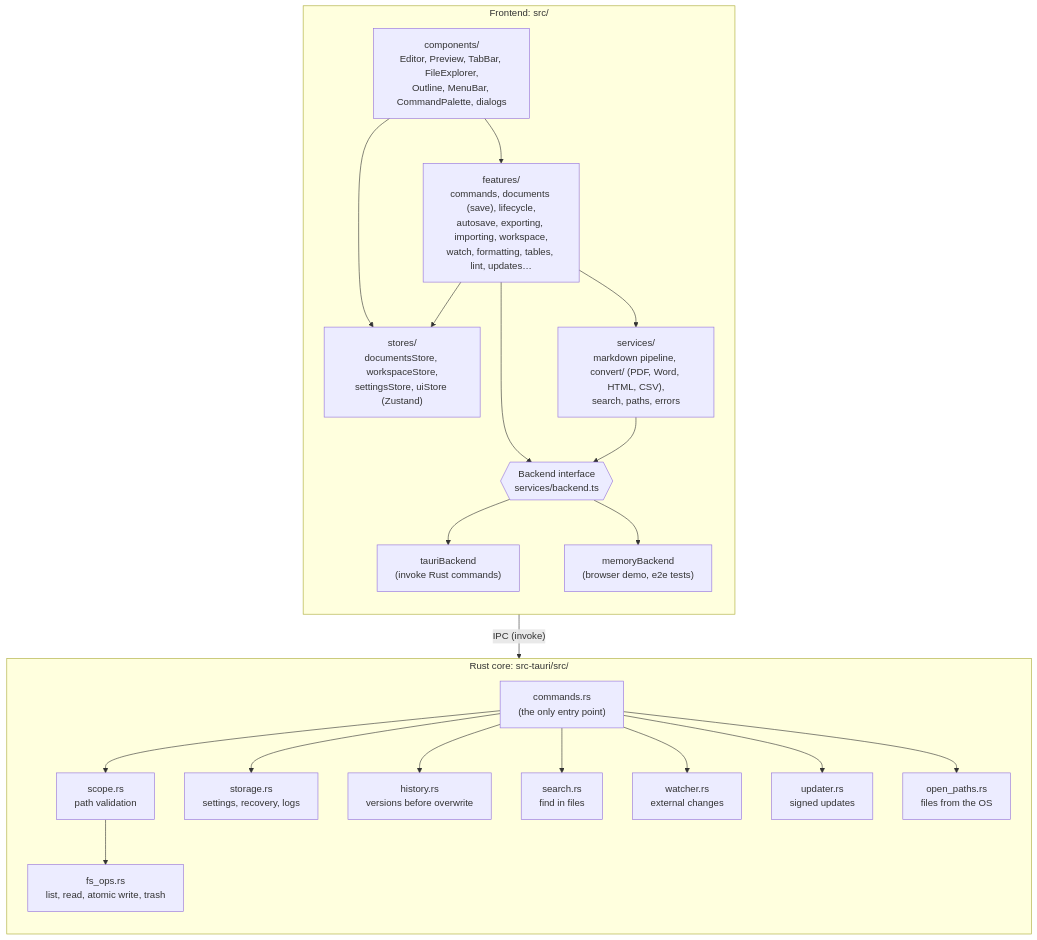
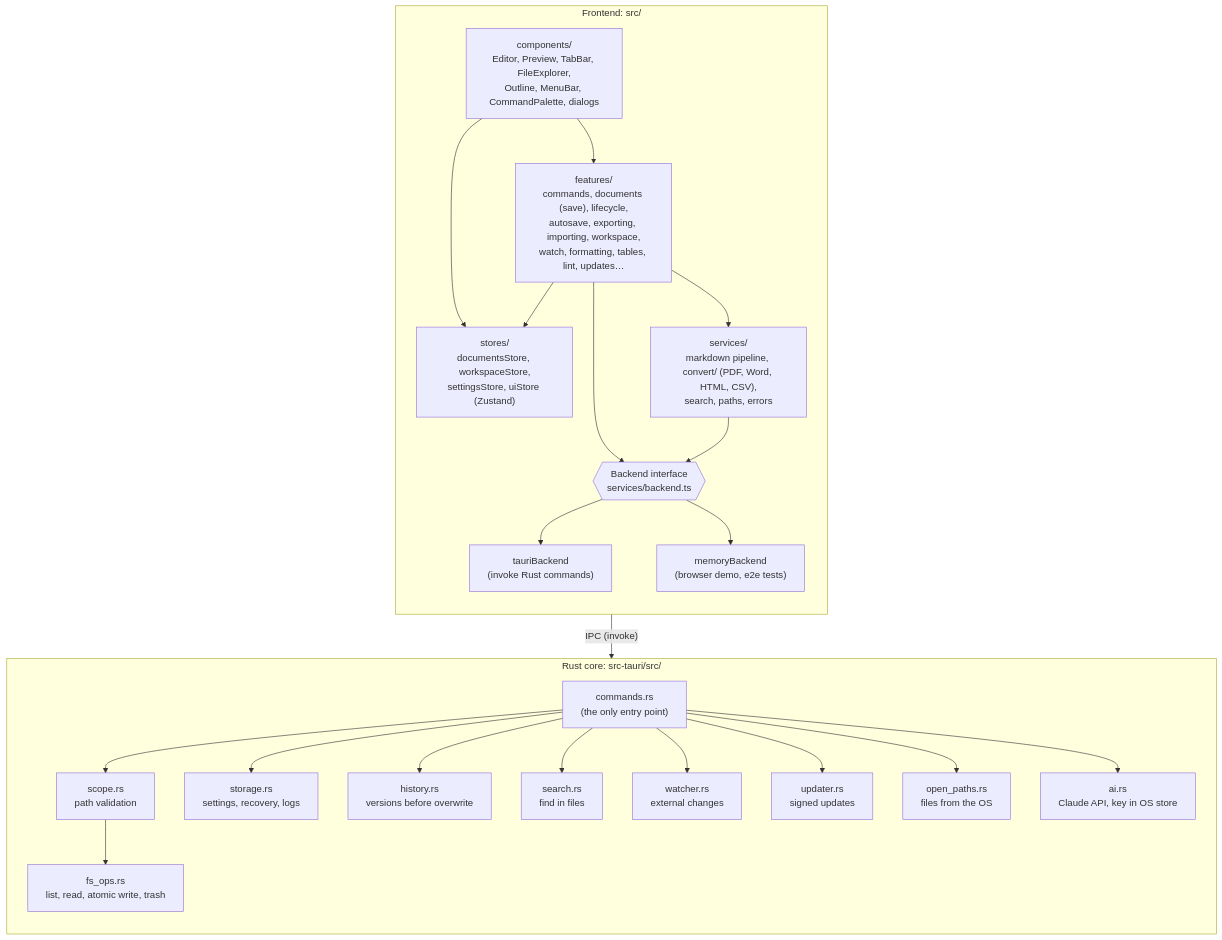
Before and after one commit to nasimuddin-dev/markdown-studio: the second of 10 diagrams in docs/DESIGN.md, drawn with Mermaid. The commit also changed other lines of this file and 30 other files, not shown here.

````diff
--- a/docs/DESIGN.md
+++ b/docs/DESIGN.md
@@ -48,44 +50,46 @@
 ```mermaid
 flowchart TB
   subgraph FE[Frontend: src/]
     direction TB
     C["components/<br/>Editor, Preview, TabBar, FileExplorer,<br/>Outline, MenuBar, CommandPalette, dialogs"]
     F["features/<br/>commands, documents (save), lifecycle,<br/>autosave, exporting, importing, workspace,<br/>watch, formatting, tables, lint, updates…"]
     S["stores/<br/>documentsStore, workspaceStore,<br/>settingsStore, uiStore (Zustand)"]
     SV["services/<br/>markdown pipeline, convert/ (PDF, Word, HTML, CSV),<br/>search, paths, errors"]
     B{{"Backend interface<br/>services/backend.ts"}}
     TB["tauriBackend<br/>(invoke Rust commands)"]
     MB["memoryBackend<br/>(browser demo, e2e tests)"]
     C --> F
     C --> S
     F --> S
     F --> SV
     F --> B
     SV --> B
     B --> TB
     B --> MB
   end
 
   subgraph RS[Rust core: src-tauri/src/]
     direction TB
     CMD["commands.rs<br/>(the only entry point)"]
     SC["scope.rs<br/>path validation"]
     FS["fs_ops.rs<br/>list, read, atomic write, trash"]
     ST["storage.rs<br/>settings, recovery, logs"]
     HI["history.rs<br/>versions before overwrite"]
     SE["search.rs<br/>find in files"]
     WA["watcher.rs<br/>external changes"]
     UP["updater.rs<br/>signed updates"]
     OP["open_paths.rs<br/>files from the OS"]
+    AI["ai.rs<br/>Claude API, key in OS store"]
     CMD --> SC
     SC --> FS
     CMD --> ST
     CMD --> HI
     CMD --> SE
     CMD --> WA
     CMD --> UP
     CMD --> OP
+    CMD --> AI
   end
 
   TB -->|"IPC (invoke)"| CMD
 ```
````
